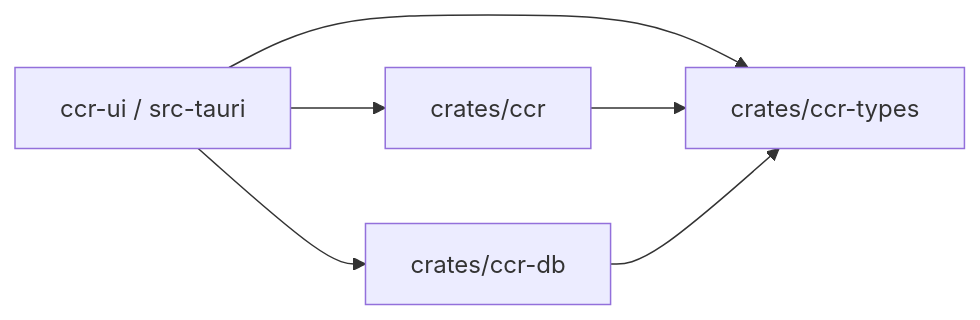
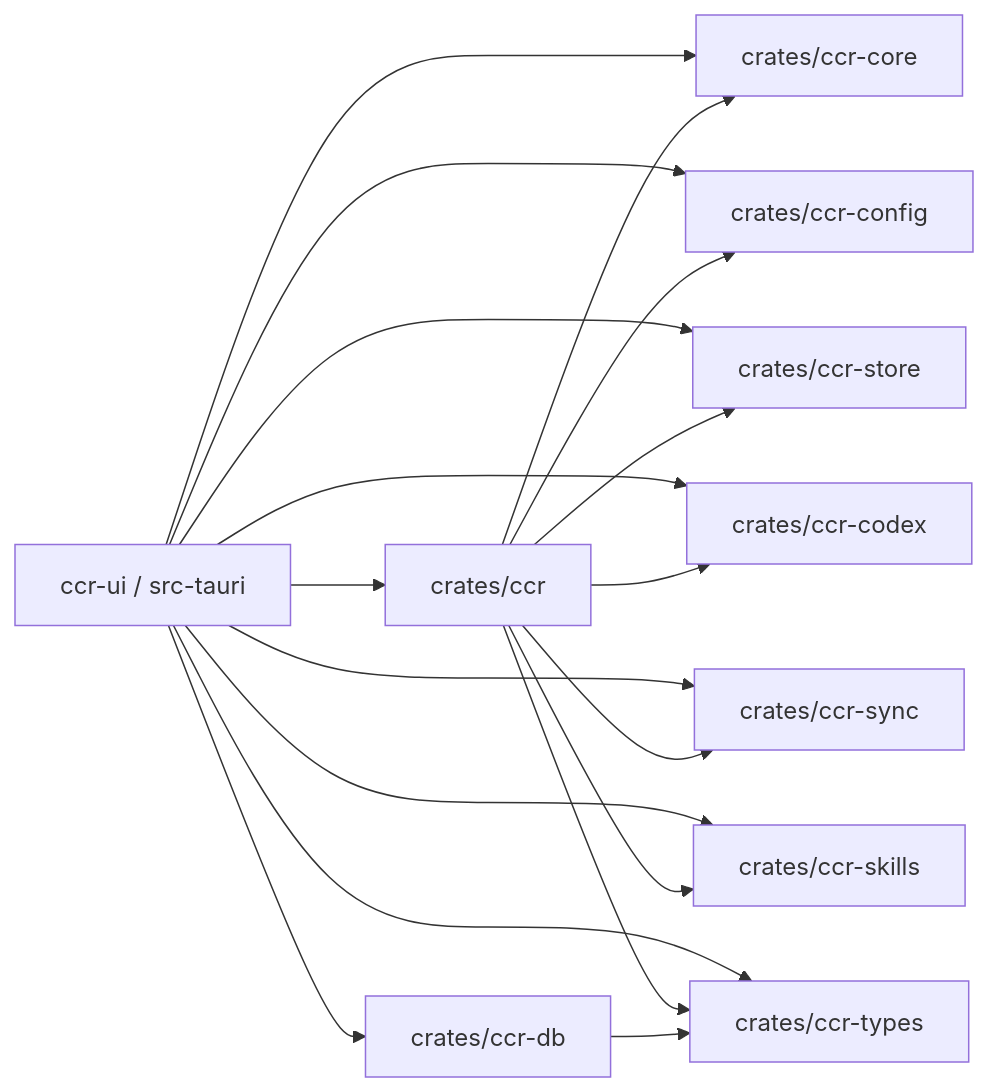
Before and after one commit to bahayonghang/ccr: the first of 2 diagrams in docs/reference/architecture.md, drawn with Mermaid. The commit also changed other lines of this file and 89 other files, not shown here.

````diff
--- a/docs/reference/architecture.md
+++ b/docs/reference/architecture.md
@@ -14,13 +20,31 @@
 ```mermaid
 flowchart LR
   UI[ccr-ui / src-tauri]
   CCR[crates/ccr]
+  CORE[crates/ccr-core]
+  CFG[crates/ccr-config]
+  STORE[crates/ccr-store]
+  CODEX[crates/ccr-codex]
+  SYNC[crates/ccr-sync]
+  SKILLS[crates/ccr-skills]
   DB[crates/ccr-db]
   TYPES[crates/ccr-types]
 
   UI --> CCR
+  UI --> CORE
+  UI --> CFG
+  UI --> STORE
+  UI --> CODEX
+  UI --> SYNC
+  UI --> SKILLS
   UI --> DB
   UI --> TYPES
+  CCR --> CORE
+  CCR --> CFG
+  CCR --> STORE
+  CCR --> CODEX
+  CCR --> SYNC
+  CCR --> SKILLS
   CCR --> TYPES
   DB --> TYPES
 ```
````
